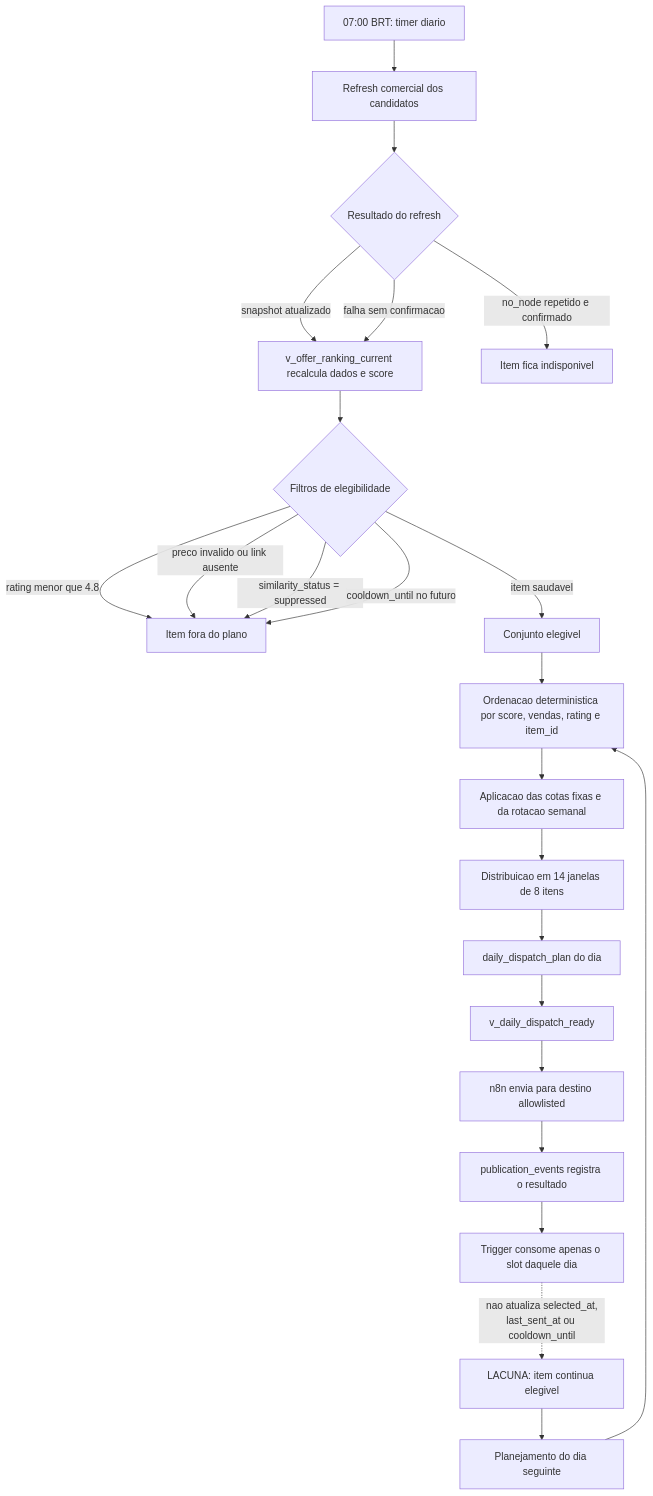
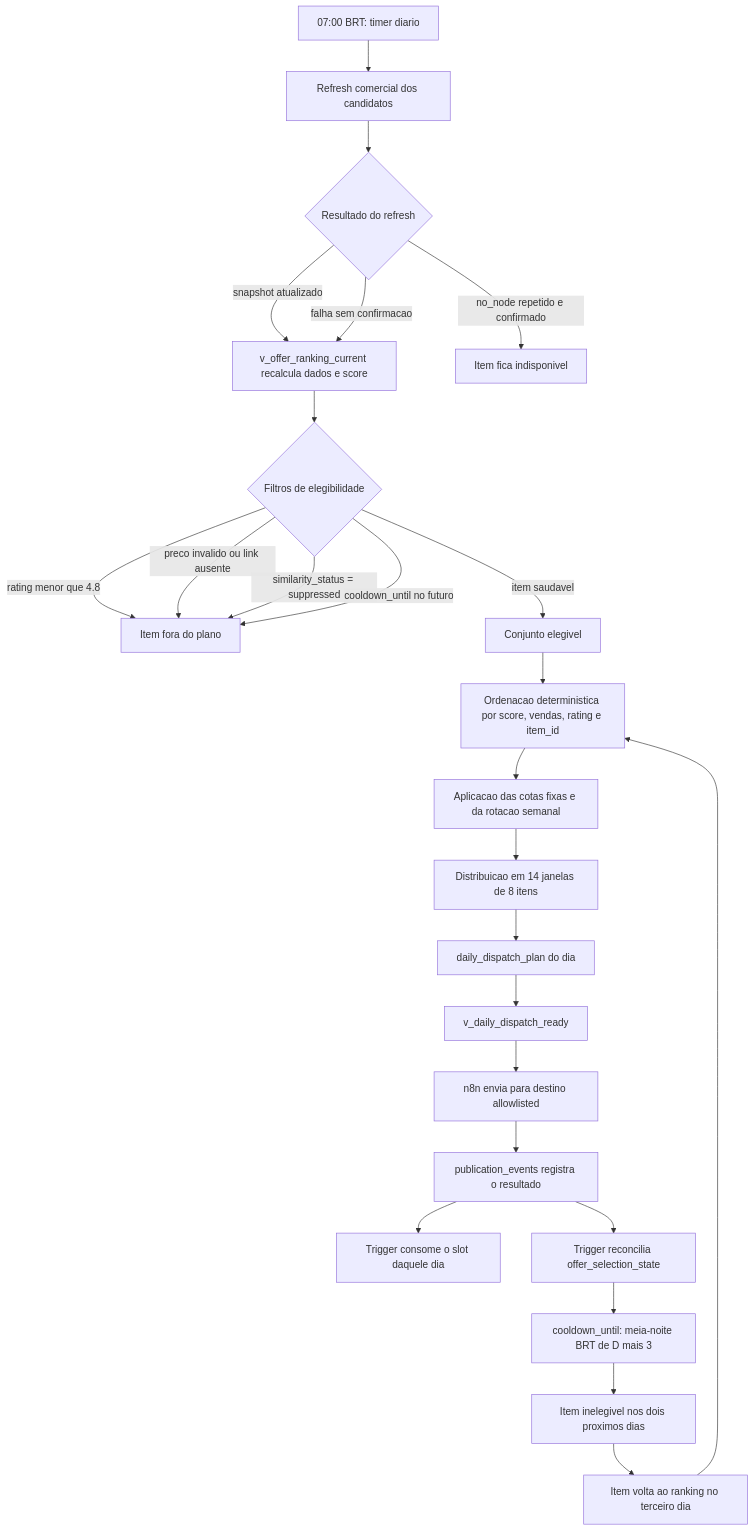
Before and after one commit to artamaral/Automacao_Grupos-de-Ofertas: the diagram in docs/decisao-mvp-supabase-n8n.md, drawn with Mermaid. The commit also changed other lines of this file and 8 other files, not shown here.

Commit message:
feat(supabase): aplica cooldown de dois dias

````diff
--- a/docs/decisao-mvp-supabase-n8n.md
+++ b/docs/decisao-mvp-supabase-n8n.md
@@ -44,28 +46,29 @@
 ```mermaid
 flowchart TD
     A[07:00 BRT: timer diario] --> B[Refresh comercial dos candidatos]
     B --> C{Resultado do refresh}
     C -->|snapshot atualizado| D[v_offer_ranking_current recalcula dados e score]
     C -->|no_node repetido e confirmado| E[Item fica indisponivel]
     C -->|falha sem confirmacao| D
 
     D --> F{Filtros de elegibilidade}
     F -->|rating menor que 4.8| X[Item fora do plano]
     F -->|preco invalido ou link ausente| X
     F -->|similarity_status = suppressed| X
     F -->|cooldown_until no futuro| X
     F -->|item saudavel| G[Conjunto elegivel]
 
     G --> H[Ordenacao deterministica por score, vendas, rating e item_id]
     H --> I[Aplicacao das cotas fixas e da rotacao semanal]
     I --> J[Distribuicao em 14 janelas de 8 itens]
     J --> K[daily_dispatch_plan do dia]
     K --> L[v_daily_dispatch_ready]
     L --> M[n8n envia para destino allowlisted]
     M --> N[publication_events registra o resultado]
-    N --> O[Trigger consome apenas o slot daquele dia]
-
-    O -. nao atualiza selected_at,<br/>last_sent_at ou cooldown_until .-> P[LACUNA: item continua elegivel]
-    P --> Q[Planejamento do dia seguinte]
-    Q --> H
+    N --> O[Trigger consome o slot daquele dia]
+    N --> P[Trigger reconcilia offer_selection_state]
+    P --> Q[cooldown_until: meia-noite BRT de D mais 3]
+    Q --> R[Item inelegivel nos dois proximos dias]
+    R --> S[Item volta ao ranking no terceiro dia]
+    S --> H
 ```
````
